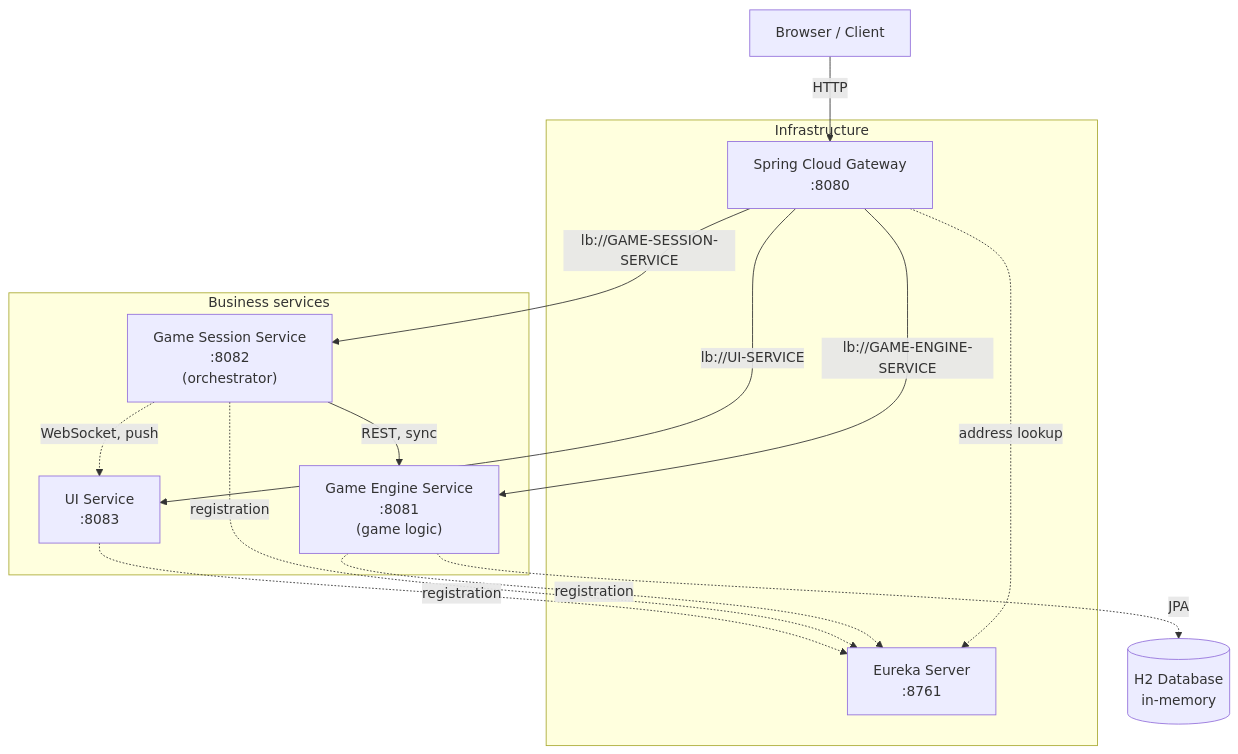
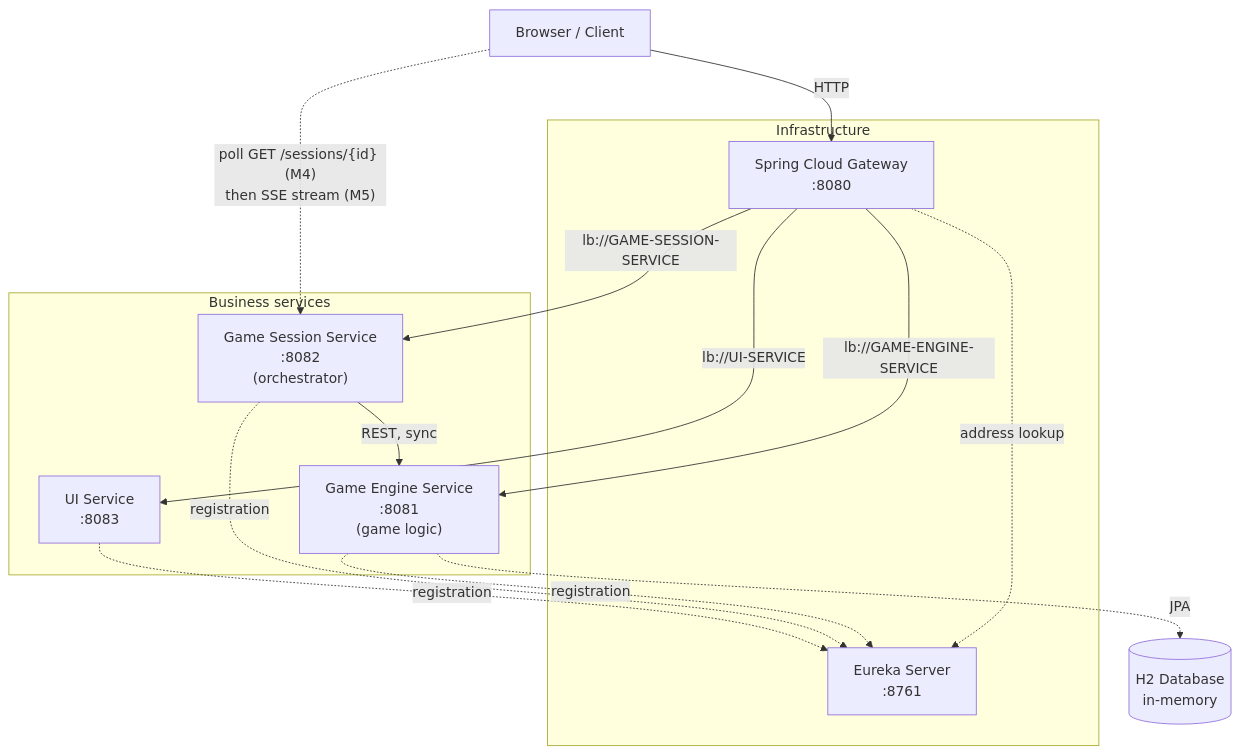
The first of 3 diagrams in docs/tic-tac-toe-plan.md (andrey56097/tik-tak-toe), drawn with Mermaid before and after one commit. The commit also changed other lines of this file and 1 other file, not shown here.

First line of the commit message:
Build the UI before the push channel, and push over SSE instead of WebSocket

````diff
--- a/docs/tic-tac-toe-plan.md
+++ b/docs/tic-tac-toe-plan.md
@@ -164,30 +164,30 @@
 ```mermaid
 graph TB
     Browser["Browser / Client"]
 
     subgraph Infra["Infrastructure"]
         Eureka["Eureka Server<br/>:8761"]
         Gateway["Spring Cloud Gateway<br/>:8080"]
     end
 
     subgraph Business["Business services"]
         UI["UI Service<br/>:8083"]
         Session["Game Session Service<br/>:8082<br/>(orchestrator)"]
         Engine["Game Engine Service<br/>:8081<br/>(game logic)"]
     end
 
     Engine -.->|JPA| H2[("H2 Database<br/>in-memory")]
 
     Browser -->|HTTP| Gateway
     Gateway -->|lb://UI-SERVICE| UI
     Gateway -->|lb://GAME-SESSION-SERVICE| Session
     Gateway -->|lb://GAME-ENGINE-SERVICE| Engine
 
     Session -->|REST, sync| Engine
-    Session -.->|WebSocket, push| UI
+    Browser -.->|"poll GET /sessions/{id} (M4)<br/>then SSE stream (M5)"| Session
 
     UI -.->|registration| Eureka
     Session -.->|registration| Eureka
     Engine -.->|registration| Eureka
     Gateway -.->|address lookup| Eureka
 ```
````
